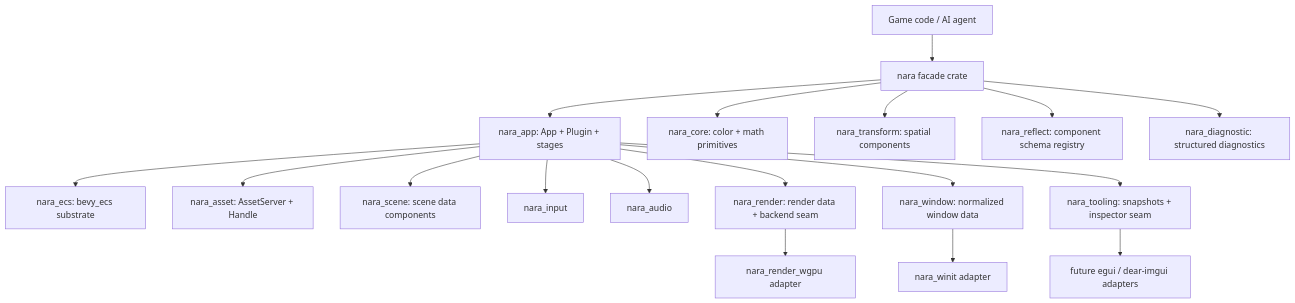
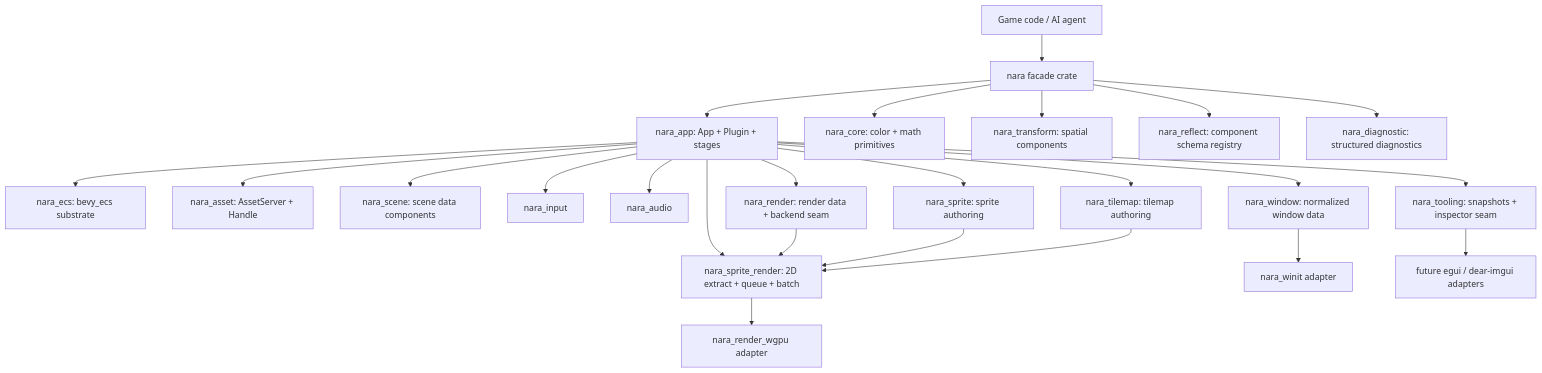
The first of 2 diagrams in docs/architecture/nara-foundation.md (Latias94/nara), drawn with Mermaid before and after one commit. The commit also changed other lines of this file and 9 other files, not shown here.

````diff
--- a/docs/architecture/nara-foundation.md
+++ b/docs/architecture/nara-foundation.md
@@ -37,20 +37,26 @@
 ```mermaid
 flowchart TD
     User[Game code / AI agent] --> Facade[nara facade crate]
     Facade --> App[nara_app: App + Plugin + stages]
     App --> ECS[nara_ecs: bevy_ecs substrate]
     Facade --> Core[nara_core: color + math primitives]
     Facade --> Transform[nara_transform: spatial components]
     Facade --> Reflect[nara_reflect: component schema registry]
     Facade --> Diagnostic[nara_diagnostic: structured diagnostics]
     App --> Asset[nara_asset: AssetServer + Handle]
     App --> Scene[nara_scene: scene data components]
     App --> Input[nara_input]
     App --> Audio[nara_audio]
     App --> Render[nara_render: render data + backend seam]
+    App --> Sprite[nara_sprite: sprite authoring]
+    App --> Tilemap[nara_tilemap: tilemap authoring]
+    App --> SpriteRender[nara_sprite_render: 2D extract + queue + batch]
     App --> Window[nara_window: normalized window data]
     Window --> WinitAdapter[nara_winit adapter]
     App --> Tooling[nara_tooling: snapshots + inspector seam]
-    Render --> WgpuAdapter[nara_render_wgpu adapter]
+    Render --> SpriteRender
+    Sprite --> SpriteRender
+    Tilemap --> SpriteRender
+    SpriteRender --> WgpuAdapter[nara_render_wgpu adapter]
     Tooling --> DebugUi[future egui / dear-imgui adapters]
 ```
````
